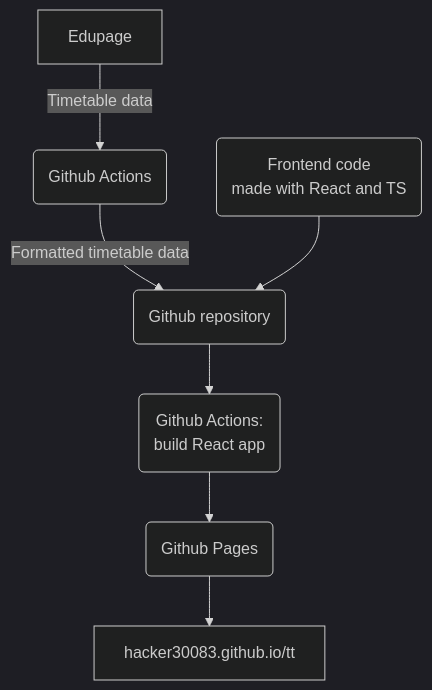
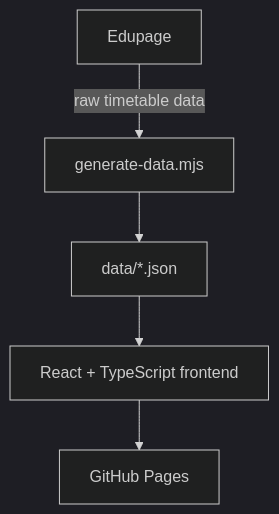
The diagram in docs/architecture.md (hacker30083/tt), drawn with Mermaid (dark theme) before and after one commit. The commit also changed other lines of this file and 27 other files, not shown here.

````diff
--- a/docs/architecture.md
+++ b/docs/architecture.md
@@ -8,10 +7,7 @@
 ```mermaid
 flowchart TD
-    
-    A[Edupage] -->|Timetable data| B(Github Actions)
-    B --> |Formatted timetable data| C(Github repository)
-    D(Frontend code\n made with React and TS ) --> C
-    C --> E(Github Actions:\n build React app) 
-    E --> F(Github Pages) 
-    F--> G[hacker30083.github.io/tt]
+    A[Edupage] -->|raw timetable data| B[generate-data.mjs]
+    B --> C[data/*.json]
+    C --> D[React + TypeScript frontend]
+    D --> E[GitHub Pages]
 ```
````
